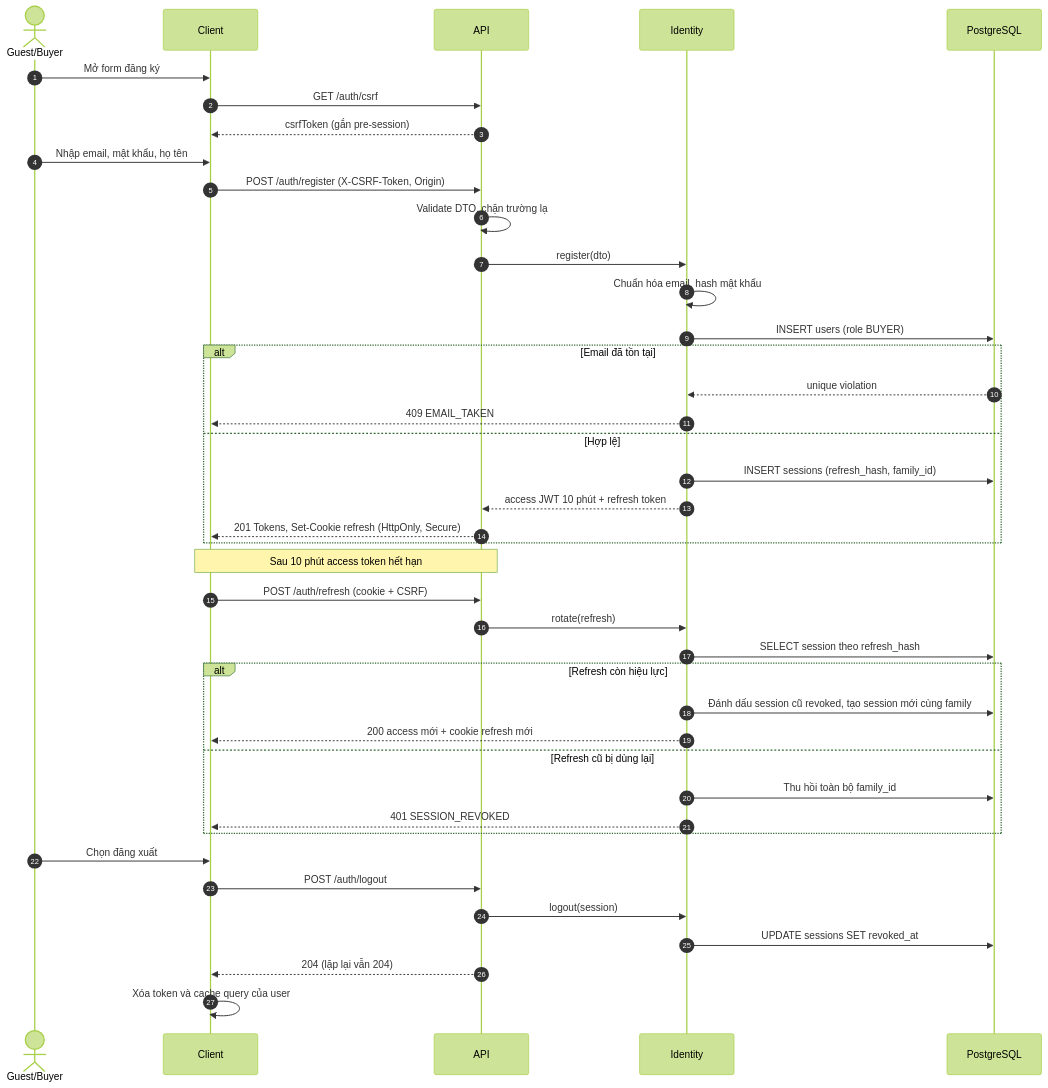
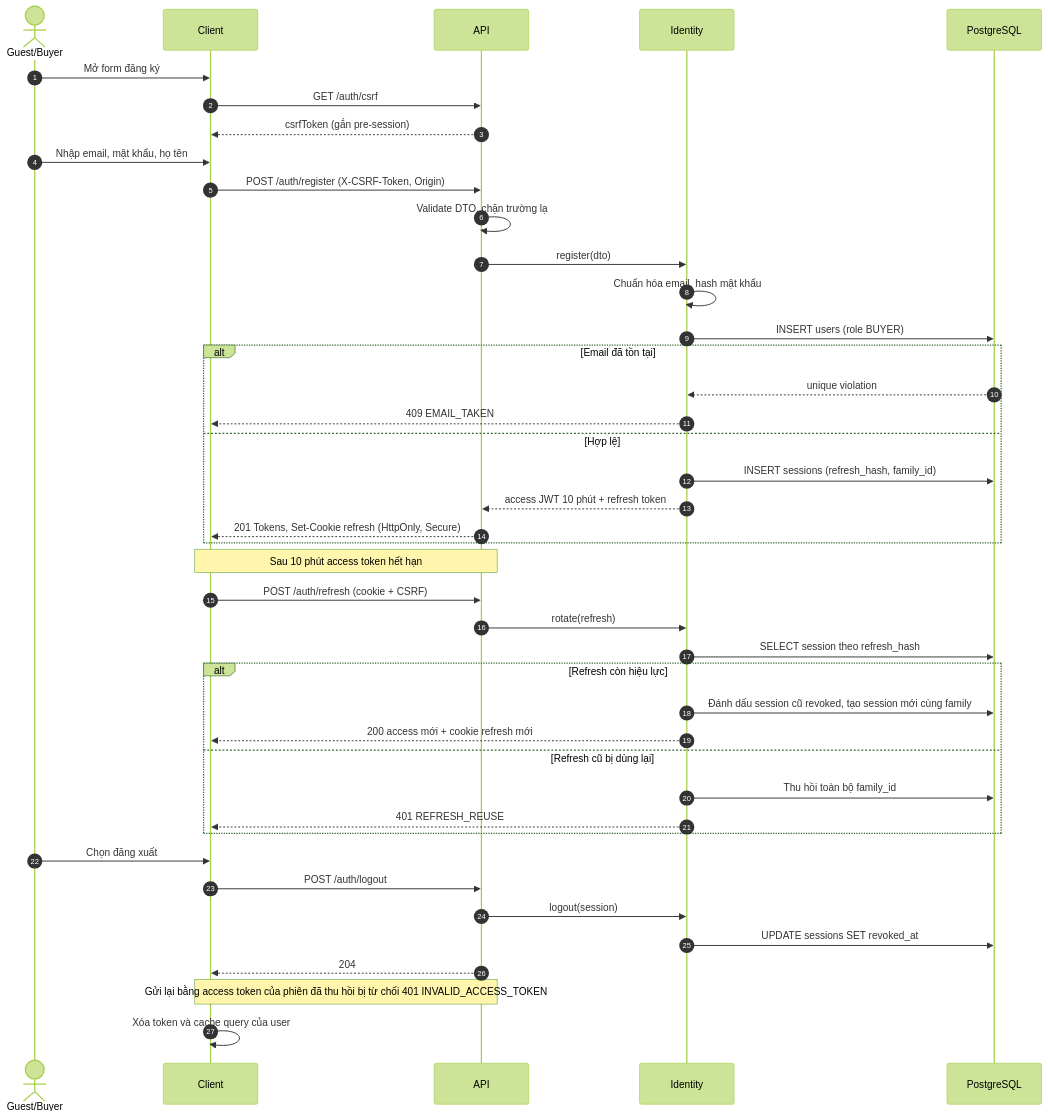
One commit to kietda623/do-an-cnpm changed the first of 16 diagrams in docs/architecture/05-sequence.md. Above: the diagram before and after it, drawn with Mermaid (forest theme). The commit also changed other lines of this file and 3 other files, not shown here.

Commit message:
docs: align architecture flows with implementation

````diff
--- a/docs/architecture/05-sequence.md
+++ b/docs/architecture/05-sequence.md
@@ -47,47 +47,48 @@
 ```mermaid
 sequenceDiagram
   autonumber
   actor U as Guest/Buyer
   participant C as Client
   participant API as API
   participant ID as Identity
   participant DB as PostgreSQL
 
   U->>C: Mở form đăng ký
   C->>API: GET /auth/csrf
   API-->>C: csrfToken (gắn pre-session)
 
   U->>C: Nhập email, mật khẩu, họ tên
   C->>API: POST /auth/register (X-CSRF-Token, Origin)
   API->>API: Validate DTO, chặn trường lạ
   API->>ID: register(dto)
   ID->>ID: Chuẩn hóa email, hash mật khẩu
   ID->>DB: INSERT users (role BUYER)
   alt Email đã tồn tại
     DB-->>ID: unique violation
     ID-->>C: 409 EMAIL_TAKEN
   else Hợp lệ
     ID->>DB: INSERT sessions (refresh_hash, family_id)
     ID-->>API: access JWT 10 phút + refresh token
     API-->>C: 201 Tokens, Set-Cookie refresh (HttpOnly, Secure)
   end
 
   Note over C,API: Sau 10 phút access token hết hạn
   C->>API: POST /auth/refresh (cookie + CSRF)
   API->>ID: rotate(refresh)
   ID->>DB: SELECT session theo refresh_hash
   alt Refresh còn hiệu lực
     ID->>DB: Đánh dấu session cũ revoked, tạo session mới cùng family
     ID-->>C: 200 access mới + cookie refresh mới
   else Refresh cũ bị dùng lại
     ID->>DB: Thu hồi toàn bộ family_id
-    ID-->>C: 401 SESSION_REVOKED
+    ID-->>C: 401 REFRESH_REUSE
   end
 
   U->>C: Chọn đăng xuất
   C->>API: POST /auth/logout
   API->>ID: logout(session)
   ID->>DB: UPDATE sessions SET revoked_at
-  API-->>C: 204 (lặp lại vẫn 204)
+  API-->>C: 204
+  Note over C,API: Gửi lại bằng access token của phiên đã thu hồi bị từ chối 401 INVALID_ACCESS_TOKEN
   C->>C: Xóa token và cache query của user
 ```
````
